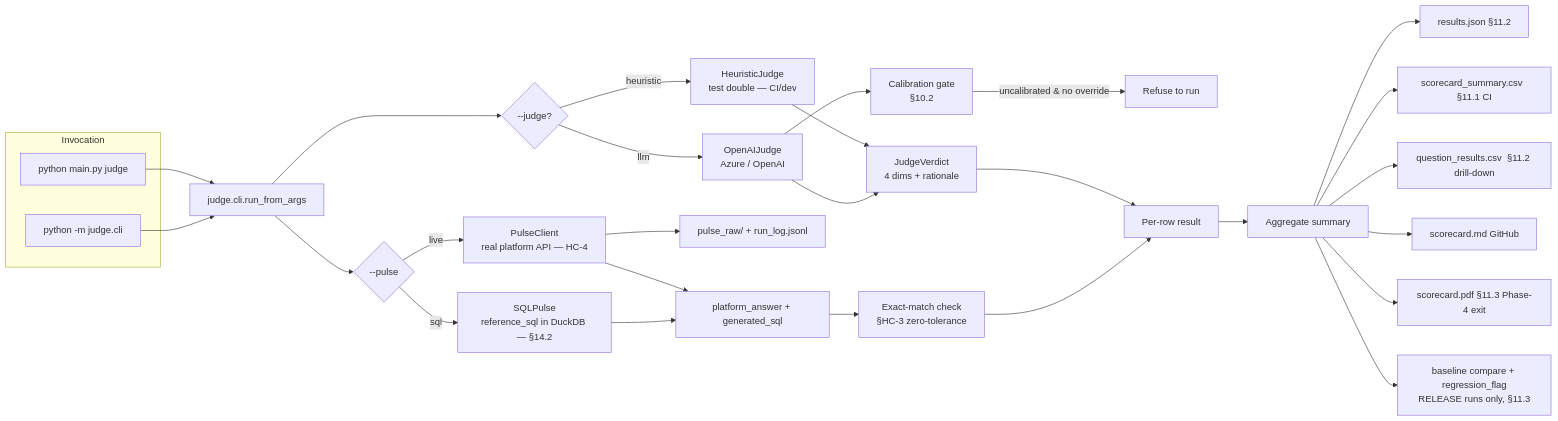
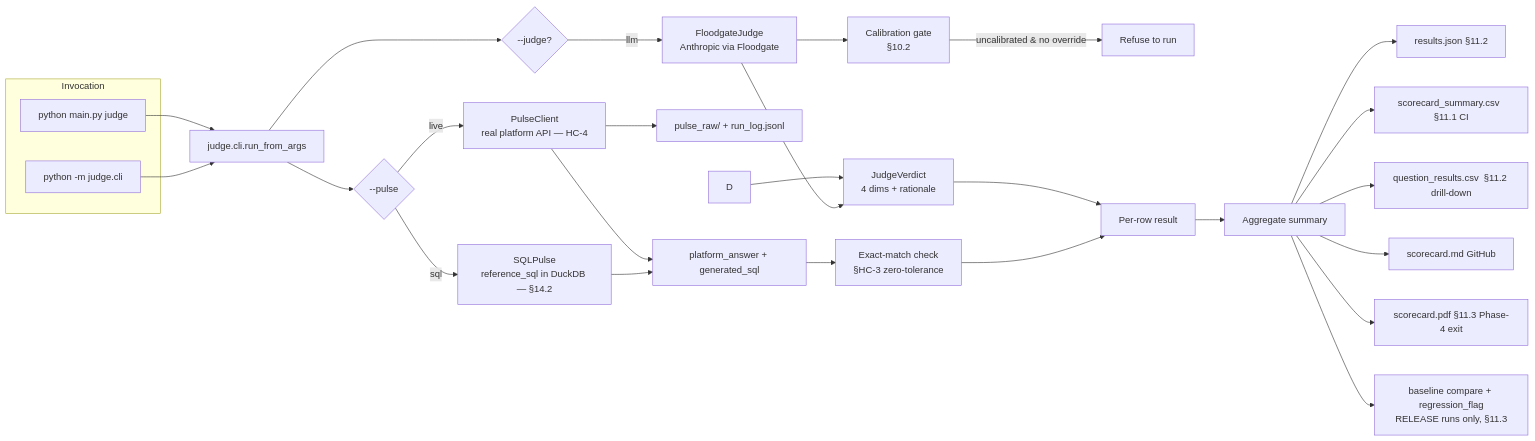
The first of 5 diagrams in docs/judge_flow.md (JarettCodeHive/nlq-eval-framework-merged), drawn with Mermaid before and after one commit. The commit also changed other lines of this file and 20 other files, not shown here.

````diff
--- a/docs/judge_flow.md
+++ b/docs/judge_flow.md
@@ -8,37 +8,36 @@
 ```mermaid
 flowchart LR
   subgraph invoke [Invocation]
     A1[python main.py judge]
     A2[python -m judge.cli]
   end
   A1 --> B
   A2 --> B
 
   B[judge.cli.run_from_args] --> C{--judge?}
-  C -- heuristic --> D[HeuristicJudge<br/>test double — CI/dev]
-  C -- llm  --> E[OpenAIJudge<br/>Azure / OpenAI]
+  C -- llm  --> E[FloodgateJudge<br/>Anthropic via Floodgate]
   E --> G[Calibration gate<br/>§10.2]
   G -- uncalibrated & no override --> X[Refuse to run]
 
   B --> H{--pulse}
   H -- live --> I[PulseClient<br/>real platform API — HC-4]
   H -- sql --> I2[SQLPulse<br/>reference_sql in DuckDB — §14.2]
   I --> R[pulse_raw/ + run_log.jsonl]
   I --> J[platform_answer + generated_sql]
   I2 --> J
 
   D --> K
   E --> K[JudgeVerdict<br/>4 dims + rationale]
   J --> L[Exact-match check<br/>§HC-3 zero-tolerance]
 
   K --> M[Per-row result]
   L --> M
   M --> N[Aggregate summary]
 
   N --> O1[results.json  §11.2]
   N --> O2[scorecard_summary.csv  §11.1 CI]
   N --> O5[question_results.csv  §11.2 drill-down]
   N --> O3[scorecard.md  GitHub]
   N --> O4[scorecard.pdf §11.3 Phase-4 exit]
   N --> O6[baseline compare + regression_flag<br/>RELEASE runs only, §11.3]
 ```
````
